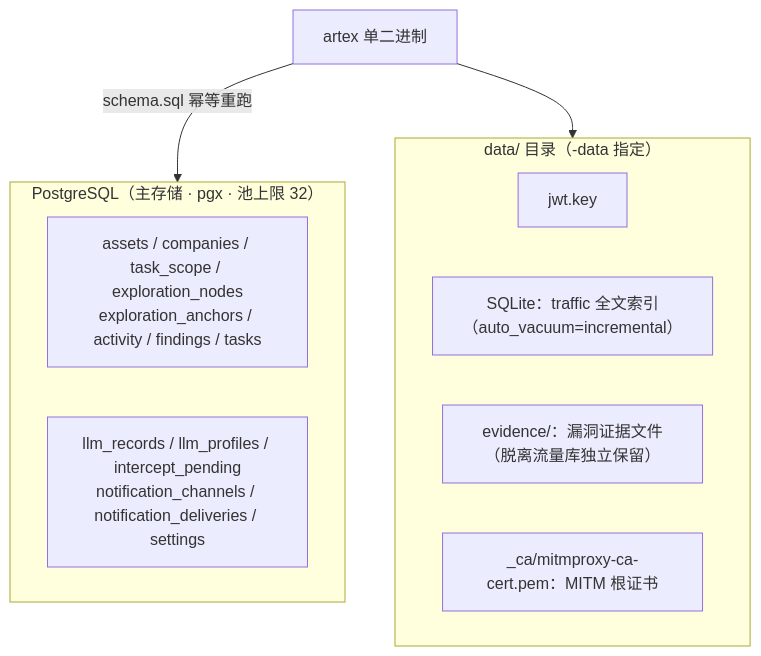
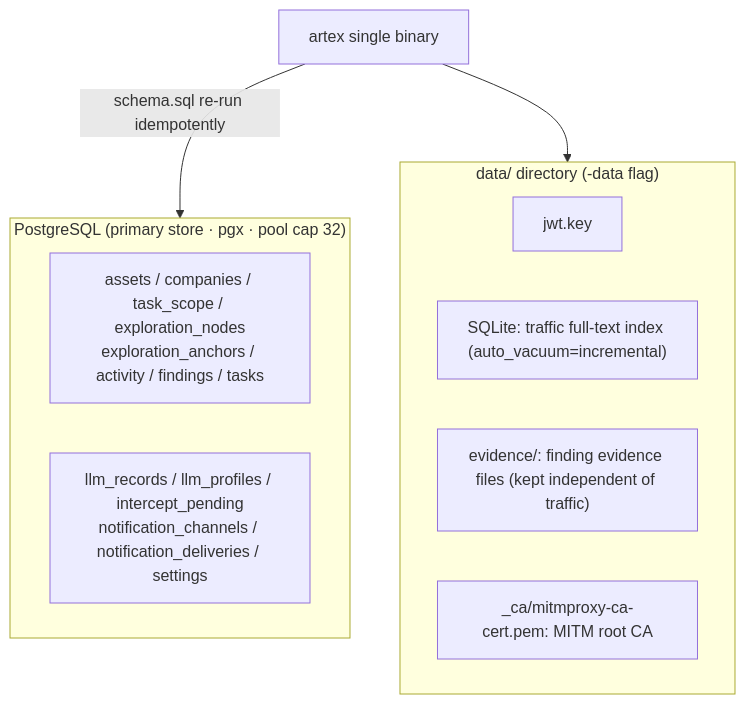
One commit to binaryninja/ART-bak changed the fifth of 5 diagrams in README.md. Above: the diagram before and after it, drawn with Mermaid. The commit also changed other lines of this file and 162 other files, not shown here.

````diff
--- a/README.md
+++ b/README.md
@@ -311,16 +317,16 @@
 ```mermaid
 flowchart TB
-  BIN["artex 单二进制"]
-  subgraph PG["PostgreSQL（主存储 · pgx · 池上限 32）"]
+  BIN["artex single binary"]
+  subgraph PG["PostgreSQL (primary store · pgx · pool cap 32)"]
     T1["assets / companies / task_scope / exploration_nodes<br/>exploration_anchors / activity / findings / tasks"]
     T2["llm_records / llm_profiles / intercept_pending<br/>notification_channels / notification_deliveries / settings"]
   end
-  subgraph FS["data/ 目录（-data 指定）"]
+  subgraph FS["data/ directory (-data flag)"]
     S1["jwt.key"]
-    S2["SQLite：traffic 全文索引（auto_vacuum=incremental）"]
-    S3["evidence/：漏洞证据文件（脱离流量库独立保留）"]
-    S4["_ca/mitmproxy-ca-cert.pem：MITM 根证书"]
+    S2["SQLite: traffic full-text index (auto_vacuum=incremental)"]
+    S3["evidence/: finding evidence files (kept independent of traffic)"]
+    S4["_ca/mitmproxy-ca-cert.pem: MITM root CA"]
   end
-  BIN -->|schema.sql 幂等重跑| PG
+  BIN -->|schema.sql re-run idempotently| PG
   BIN --> FS
 ```
````
